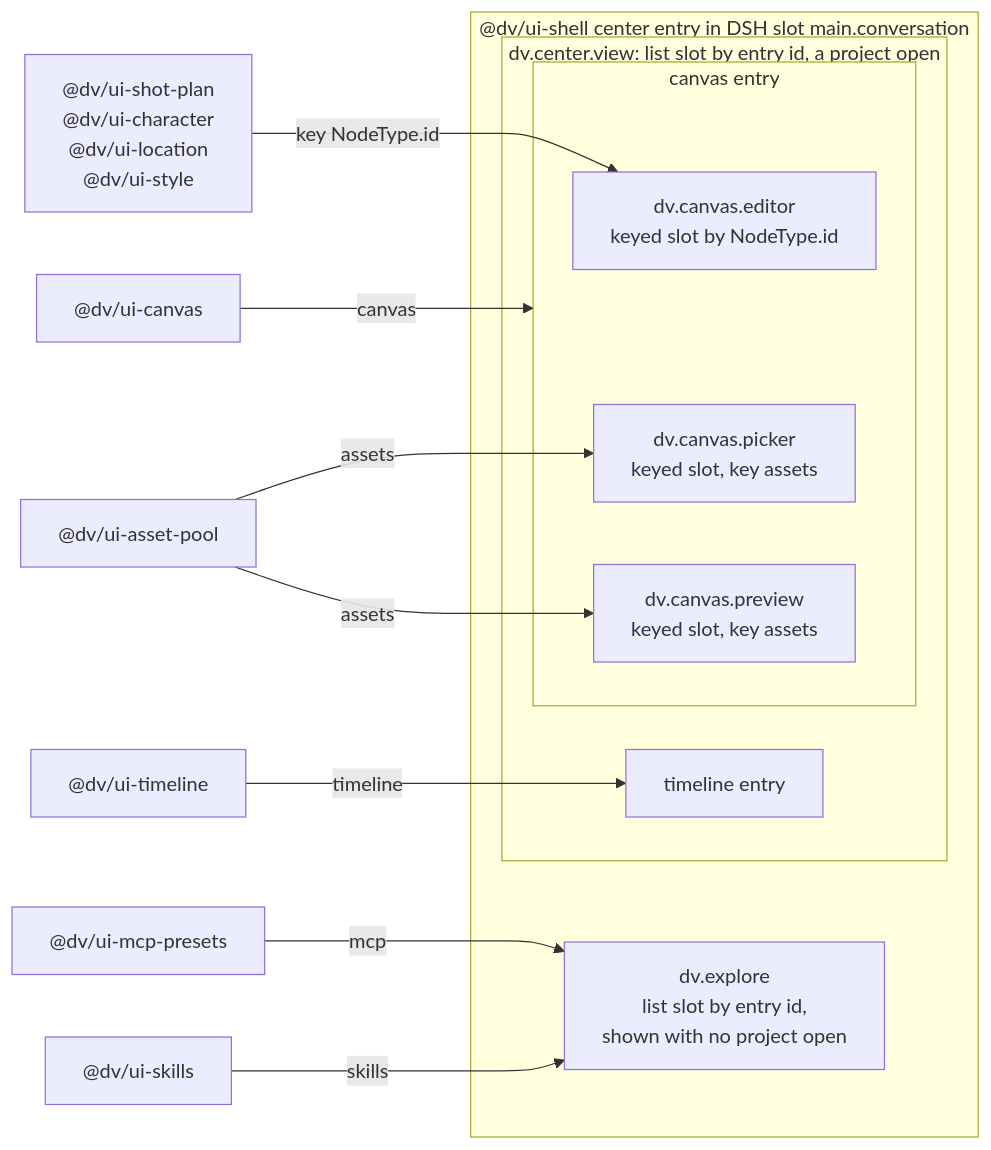
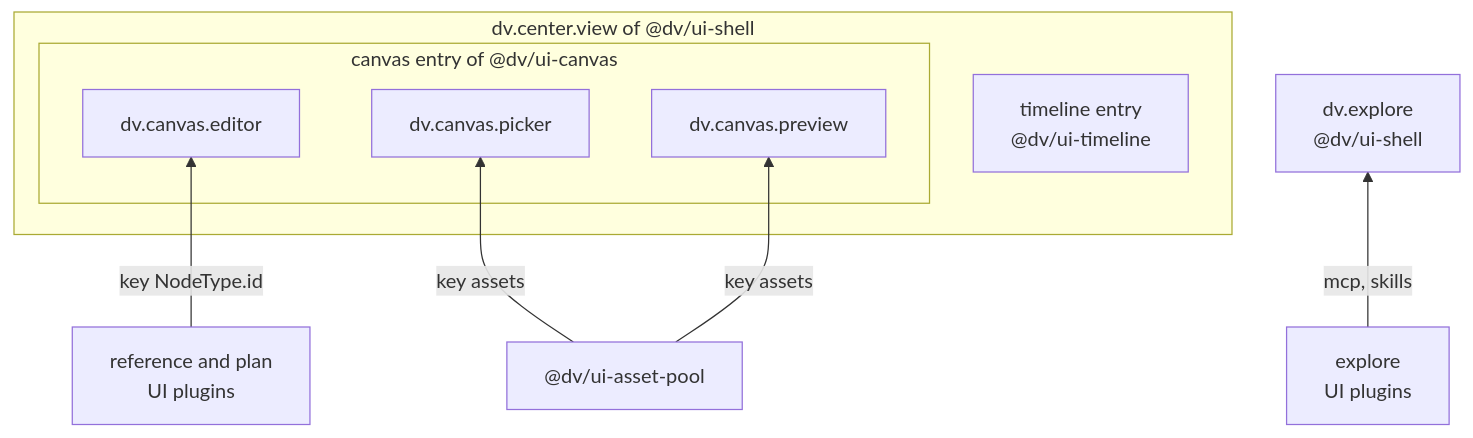
The diagram in docs/dreamverse/subsystems/ui.md (fastvideo-project/dreamverse-harness), drawn with Mermaid before and after one commit. The commit also changed other lines of this file and 20 other files, not shown here.

````diff
--- a/docs/dreamverse/subsystems/ui.md
+++ b/docs/dreamverse/subsystems/ui.md
@@ -63,21 +63,19 @@
 ```mermaid
-flowchart LR
-  pkg_mcp["@dv/ui-mcp-presets"] -- "mcp" --> explore
-  pkg_skills["@dv/ui-skills"] -- "skills" --> explore
-  pkg_timeline["@dv/ui-timeline"] -- "timeline" --> timeline_entry
-  pkg_canvas["@dv/ui-canvas"] -- "canvas" --> canvas
-  pkg_refs["@dv/ui-shot-plan<br/>@dv/ui-character<br/>@dv/ui-location<br/>@dv/ui-style"] -- "key NodeType.id" --> editor
-  pkg_assets["@dv/ui-asset-pool"] -- "assets" --> picker
-  pkg_assets -- "assets" --> preview
-  subgraph shell["@dv/ui-shell center entry in DSH slot main.conversation"]
-    explore["dv.explore<br/>list slot by entry id,<br/>shown with no project open"]
-    subgraph center_view["dv.center.view: list slot by entry id, a project open"]
-      timeline_entry["timeline entry"]
-      subgraph canvas["canvas entry"]
-        editor["dv.canvas.editor<br/>keyed slot by NodeType.id"]
-        picker["dv.canvas.picker<br/>keyed slot, key assets"]
-        preview["dv.canvas.preview<br/>keyed slot, key assets"]
-      end
+flowchart BT
+  pkg_refs["reference and plan<br/>UI plugins"]
+  pkg_assets["@dv/ui-asset-pool"]
+  pkg_explore["explore<br/>UI plugins"]
+  subgraph center_view["dv.center.view of @dv/ui-shell"]
+    subgraph canvas["canvas entry of @dv/ui-canvas"]
+      editor["dv.canvas.editor"]
+      picker["dv.canvas.picker"]
+      preview["dv.canvas.preview"]
     end
+    timeline_entry["timeline entry<br/>@dv/ui-timeline"]
   end
+  explore["dv.explore<br/>@dv/ui-shell"]
+  pkg_refs -- "key NodeType.id" --> editor
+  pkg_assets -- "key assets" --> picker
+  pkg_assets -- "key assets" --> preview
+  pkg_explore -- "mcp, skills" --> explore
 ```
````
